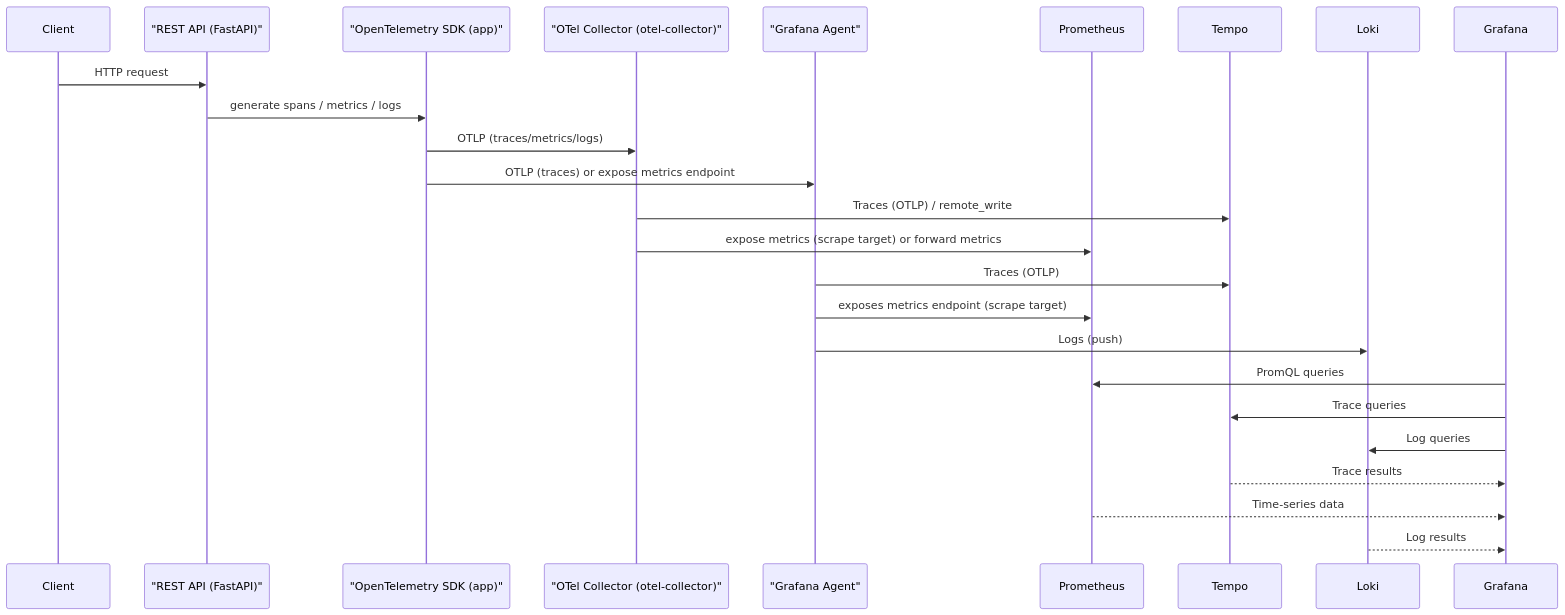
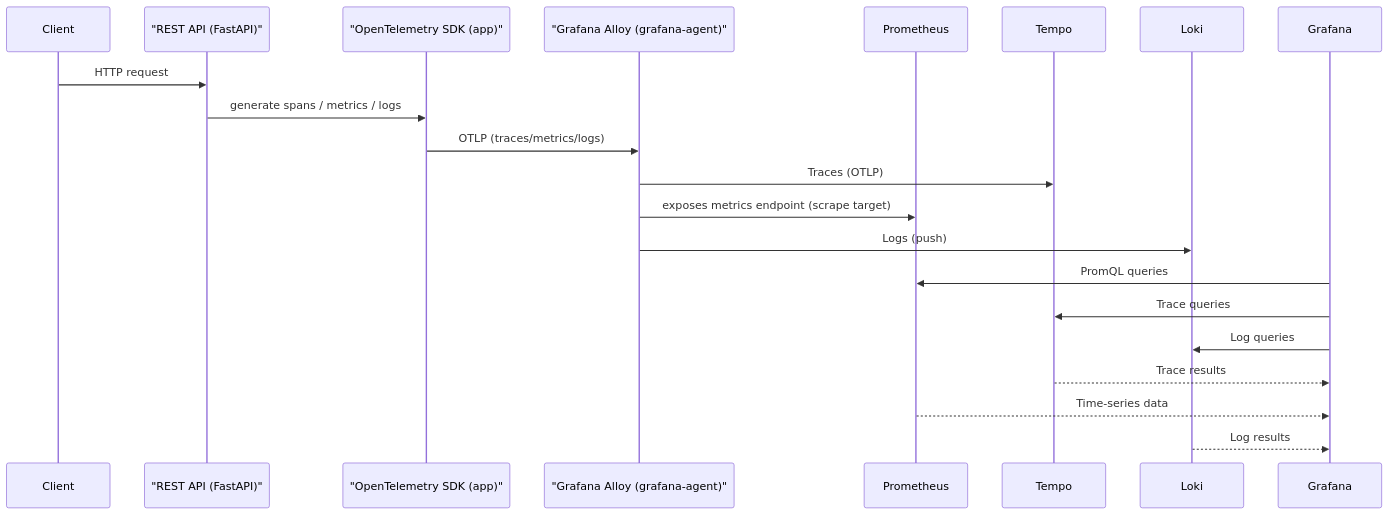
One commit to cmskzhan/Infra changed the diagram in rpi/fastapi-sample-app/README.md. Above: the diagram before and after it, drawn with Mermaid. The commit also changed other lines of this file and 5 other files, not shown here.

Commit message:
use grafana alloy details in README

````diff
--- a/rpi/fastapi-sample-app/README.md
+++ b/rpi/fastapi-sample-app/README.md
@@ -95,35 +95,31 @@
 ```mermaid
 sequenceDiagram
     participant Client
     participant REST_API as "REST API (FastAPI)"
     participant OTel_SDK as "OpenTelemetry SDK (app)"
-    participant OTel_Collector as "OTel Collector (otel-collector)"
-    participant Grafana_Agent as "Grafana Agent"
+  participant Grafana_Agent as "Grafana Alloy (grafana-agent)"
     participant Prometheus
     participant Tempo
     participant Loki
     participant Grafana
 
     Client->>REST_API: HTTP request
     REST_API->>OTel_SDK: generate spans / metrics / logs
 
-    %% App -> Collector/Agent
-    OTel_SDK->>OTel_Collector: OTLP (traces/metrics/logs)
-    OTel_SDK->>Grafana_Agent: OTLP (traces) or expose metrics endpoint
+  %% App -> Alloy
+  OTel_SDK->>Grafana_Agent: OTLP (traces/metrics/logs)
 
-    %% Collector -> Backends
-    OTel_Collector->>Tempo: Traces (OTLP) / remote_write
-    OTel_Collector->>Prometheus: expose metrics (scrape target) or forward metrics
-    Grafana_Agent->>Tempo: Traces (OTLP)
-    Grafana_Agent->>Prometheus: exposes metrics endpoint (scrape target)
-    Grafana_Agent->>Loki: Logs (push)
+  %% Alloy -> Backends
+  Grafana_Agent->>Tempo: Traces (OTLP)
+  Grafana_Agent->>Prometheus: exposes metrics endpoint (scrape target)
+  Grafana_Agent->>Loki: Logs (push)
 
     %% Queries
     Grafana->>Prometheus: PromQL queries
     Grafana->>Tempo: Trace queries
     Grafana->>Loki: Log queries
 
     Tempo-->>Grafana: Trace results
     Prometheus-->>Grafana: Time-series data
     Loki-->>Grafana: Log results
 ```
````
